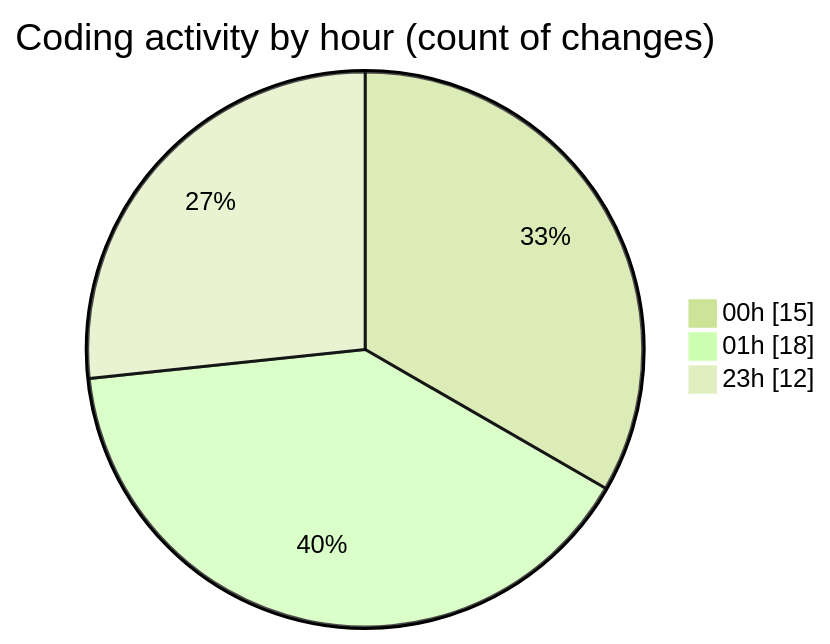
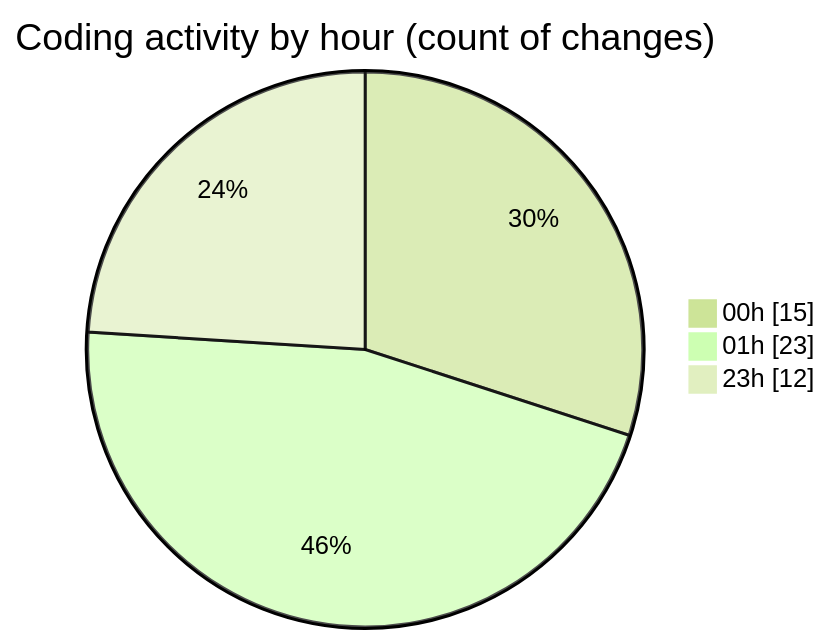
One commit to julien-gomy/code-tracking changed the second of 2 diagrams in 2025-10-31/eventscop-frontend-guide__workspace_/README.md. Above: the diagram before and after it, drawn with Mermaid (forest theme). The commit also changed other lines of this file and 1 other file, not shown here.

````diff
--- a/2025-10-31/eventscop-frontend-guide__workspace_/README.md
+++ b/2025-10-31/eventscop-frontend-guide__workspace_/README.md
@@ -37,7 +37,7 @@
 ```mermaid
 pie showData
 title Coding activity by hour (count of changes)
 "00h" : 15
-"01h" : 18
+"01h" : 23
 "23h" : 12
 ```
````
